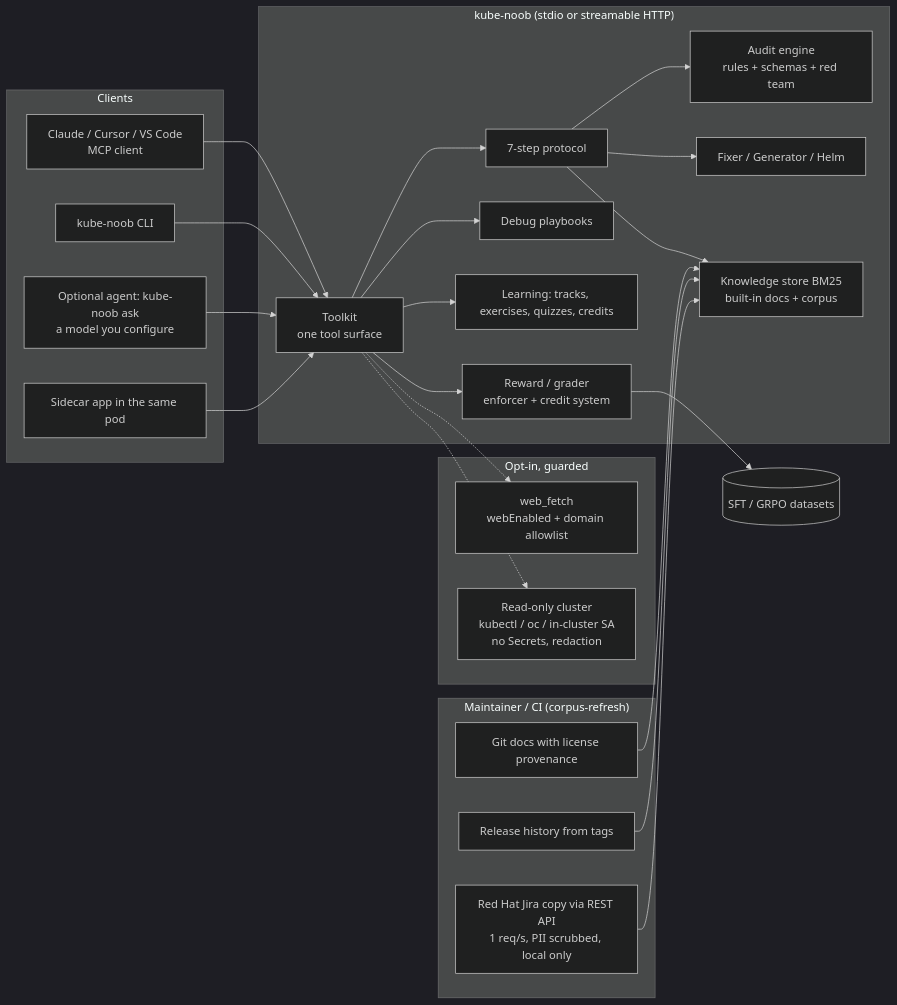
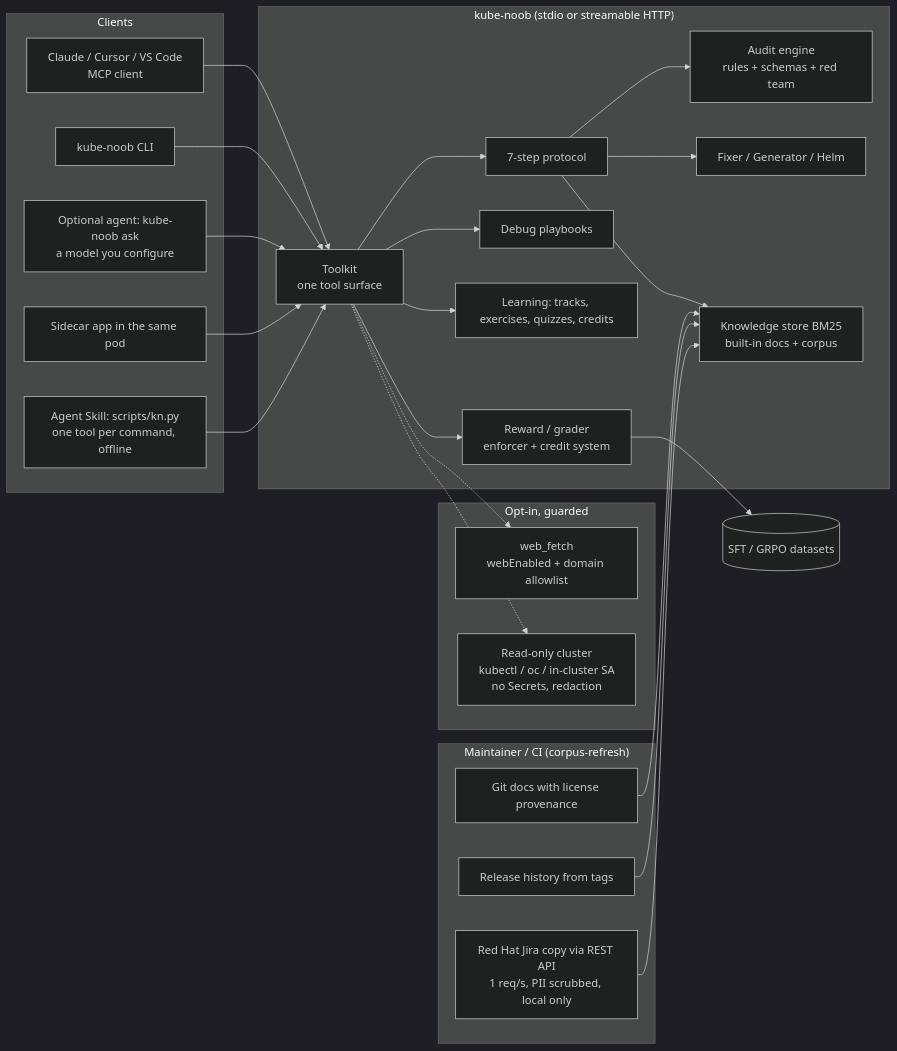
Before and after one commit to aashishmahajan/kube-noob: the diagram in docs/architecture.md, drawn with Mermaid (dark theme). The commit also changed other lines of this file and 20 other files, not shown here.

First line of the commit message:
kube-noob as an Agent Skill: one offline command per tool, same code path as the MCP server (G108)

````diff
--- a/docs/architecture.md
+++ b/docs/architecture.md
@@ -7,34 +7,35 @@
 ```mermaid
 flowchart LR
   subgraph Clients
     A[Claude / Cursor / VS Code<br/>MCP client]
     B[kube-noob CLI]
     C[Optional agent: kube-noob ask<br/>a model you configure]
     D[Sidecar app in the same pod]
+    SK[Agent Skill: scripts/kn.py<br/>one tool per command, offline]
   end
   subgraph Server["kube-noob (stdio or streamable HTTP)"]
     T[Toolkit<br/>one tool surface]
     P[7-step protocol]
     E[Audit engine<br/>rules + schemas + red team]
     F[Fixer / Generator / Helm]
     G[Debug playbooks]
     K[Knowledge store BM25<br/>built-in docs + corpus]
     L[Learning: tracks, exercises, quizzes, credits]
     R[Reward / grader<br/>enforcer + credit system]
   end
   subgraph Optional["Opt-in, guarded"]
     W[web_fetch<br/>webEnabled + domain allowlist]
     X[Read-only cluster<br/>kubectl / oc / in-cluster SA<br/>no Secrets, redaction]
   end
   subgraph Offline["Maintainer / CI (corpus-refresh)"]
     S1[Git docs with license provenance]
     S2[Release history from tags]
     S3[Red Hat Jira copy via REST API<br/>1 req/s, PII scrubbed, local only]
   end
-  A & B & C & D --> T
+  A & B & C & D & SK --> T
   T --> P --> E & F & K
   T --> G & L & R
   T -.-> W & X
   S1 & S2 & S3 --> K
   R --> DS[(SFT / GRPO datasets)]
 ```
````
